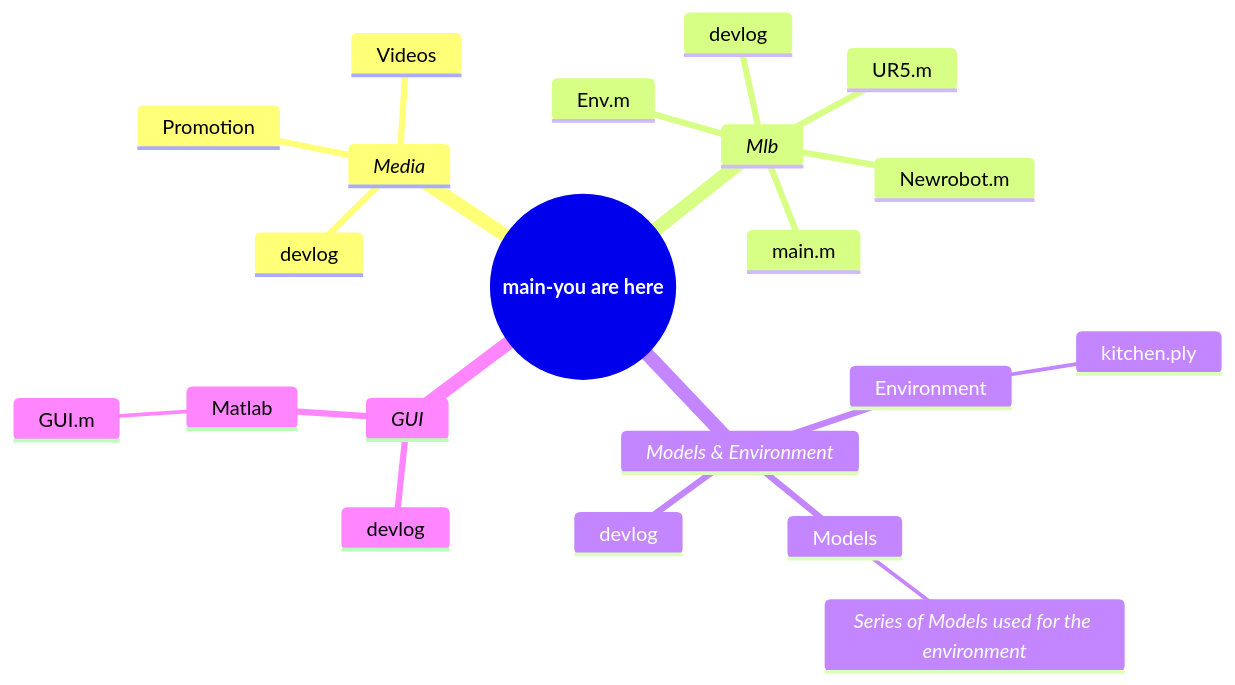
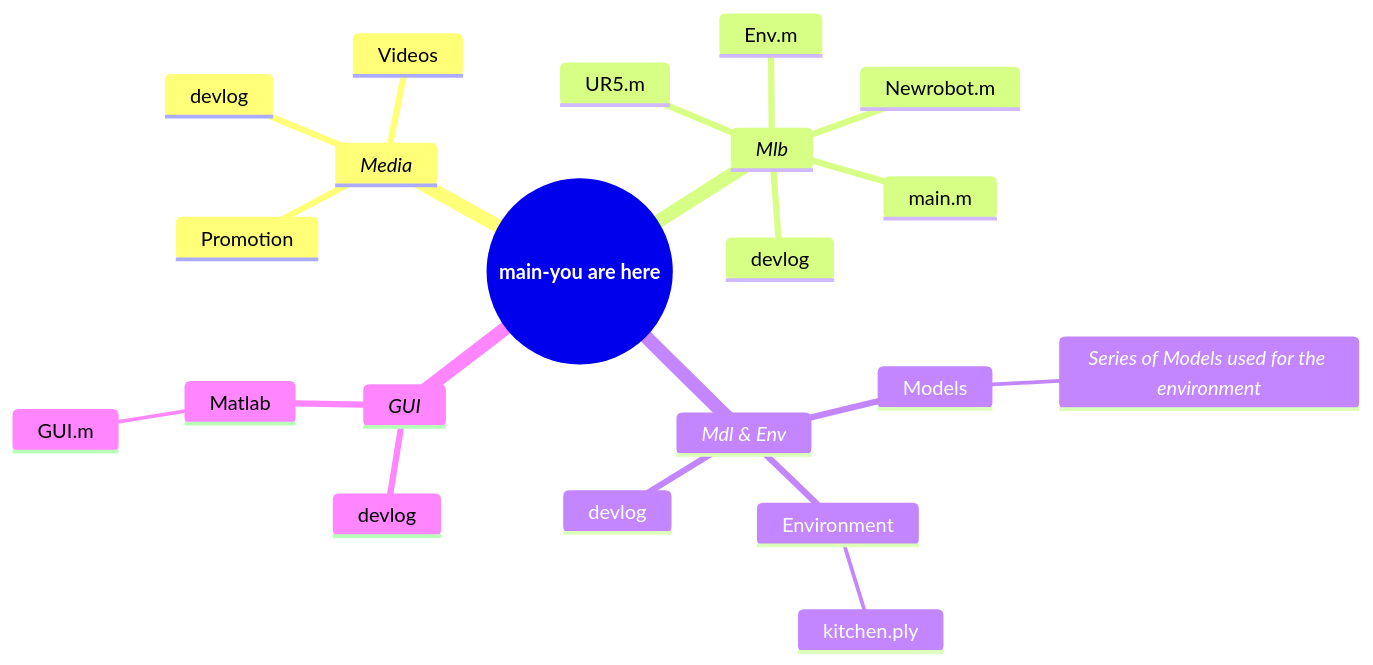
Before and after one commit to Codebetterordietrying/INDR_A2: the diagram in README.md, drawn with Mermaid.

````diff
--- a/README.md
+++ b/README.md
@@ -28,25 +28,25 @@
 ```mermaid
 mindmap
   root((**main-you are here**))
     *Media*
       Promotion
       Videos
       devlog
     *Mlb*
       main.m
       Env.m
       UR5.m
       Newrobot.m
       devlog
-    *Models & Environment*
+    *Mdl & Env*
       Environment
         kitchen.ply
       Models
         *Series of Models used for the environment*
       devlog
     *GUI*
       devlog
       Matlab
         GUI.m
 
 ```
````
